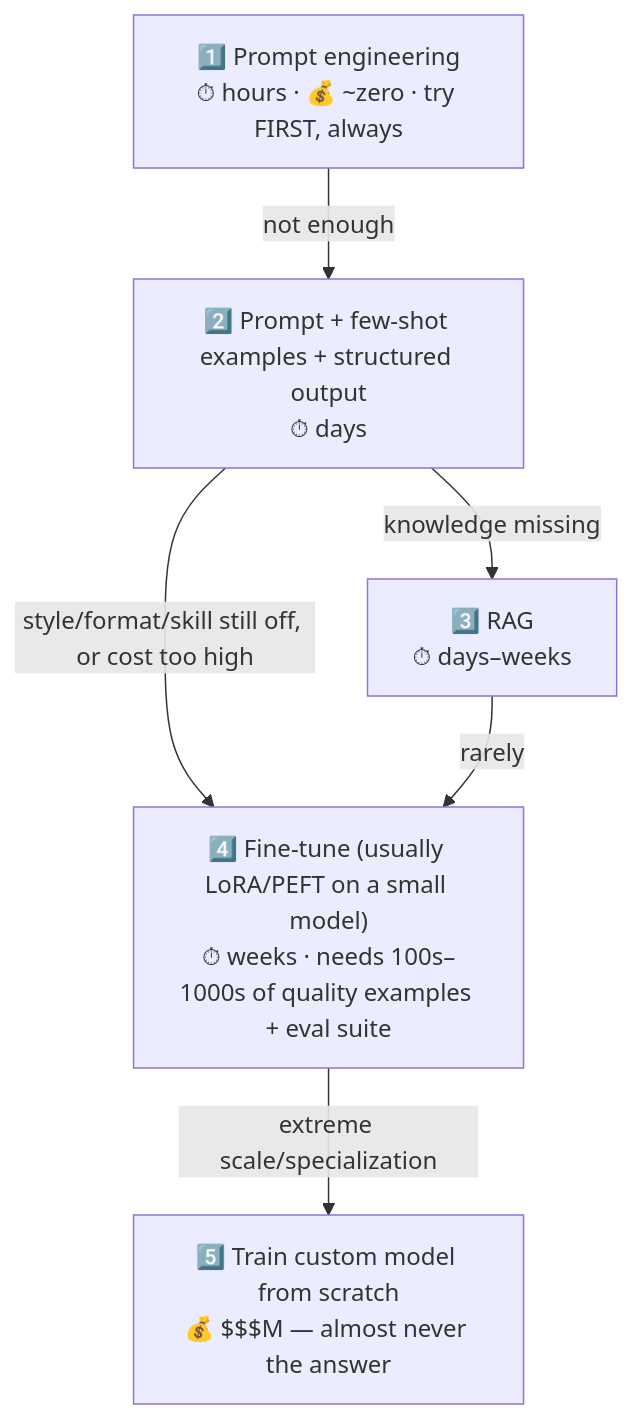
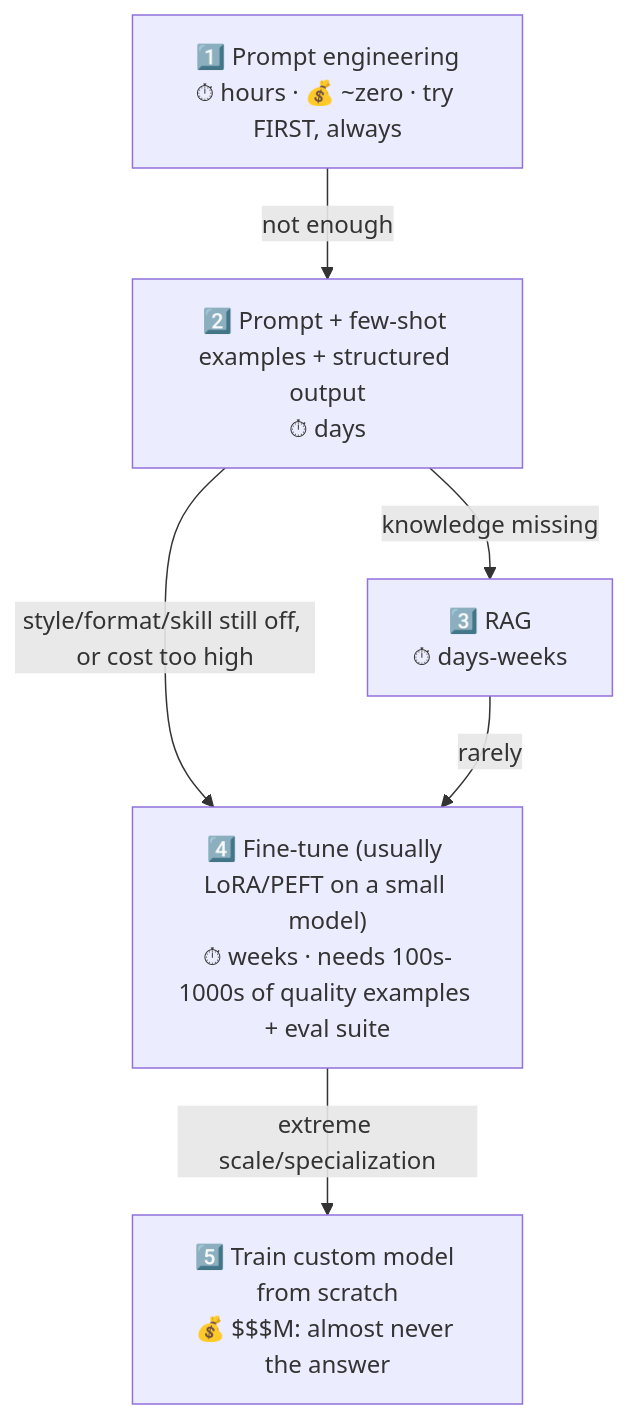
The second of 2 diagrams in 02-technical-depth/fine-tuning.md (sugirdadinakar/AI-for-Product-Managers), drawn with Mermaid before and after one commit. The commit also changed other lines of this file and 59 other files, not shown here.

````diff
--- a/02-technical-depth/fine-tuning.md
+++ b/02-technical-depth/fine-tuning.md
@@ -31,8 +31,8 @@
 ```mermaid
 flowchart TD
     A["1️⃣ Prompt engineering<br/>⏱ hours · 💰 ~zero · try FIRST, always"] -->|not enough| B["2️⃣ Prompt + few-shot examples + structured output<br/>⏱ days"]
-    B -->|"knowledge missing"| C["3️⃣ RAG<br/>⏱ days–weeks"]
-    B -->|"style/format/skill still off, or cost too high"| D["4️⃣ Fine-tune (usually LoRA/PEFT on a small model)<br/>⏱ weeks · needs 100s–1000s of quality examples + eval suite"]
+    B -->|"knowledge missing"| C["3️⃣ RAG<br/>⏱ days-weeks"]
+    B -->|"style/format/skill still off, or cost too high"| D["4️⃣ Fine-tune (usually LoRA/PEFT on a small model)<br/>⏱ weeks · needs 100s-1000s of quality examples + eval suite"]
     C -->|rarely| D
-    D -->|extreme scale/specialization| E["5️⃣ Train custom model from scratch<br/>💰 $$$M — almost never the answer"]
+    D -->|extreme scale/specialization| E["5️⃣ Train custom model from scratch<br/>💰 $$$M: almost never the answer"]
 ```
````
